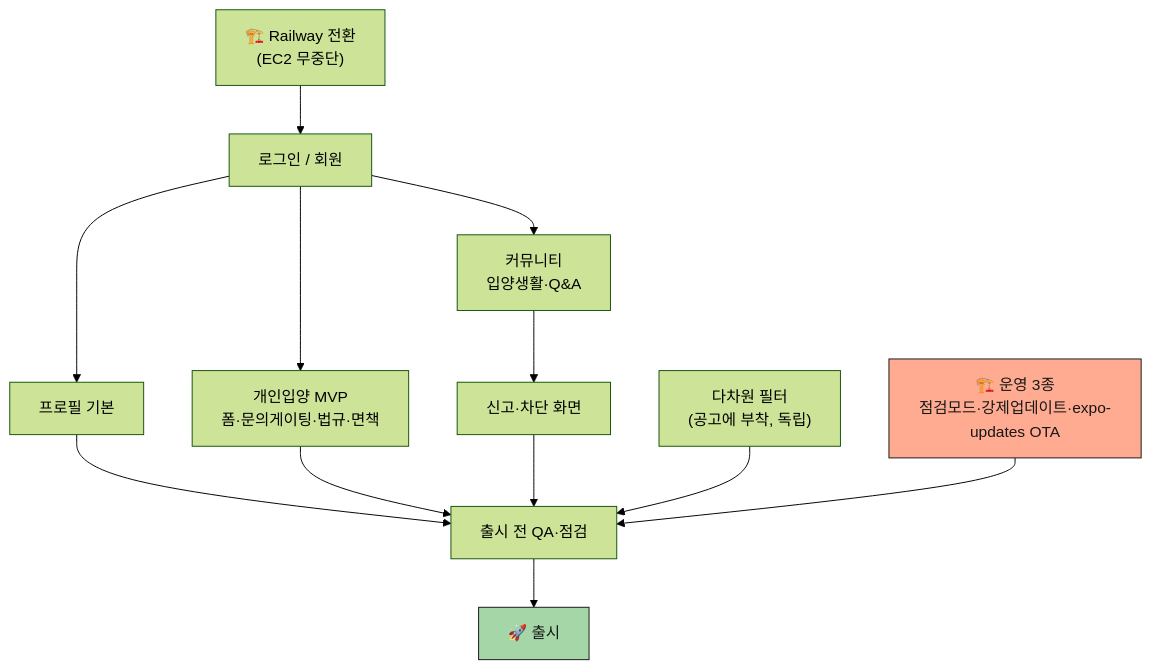
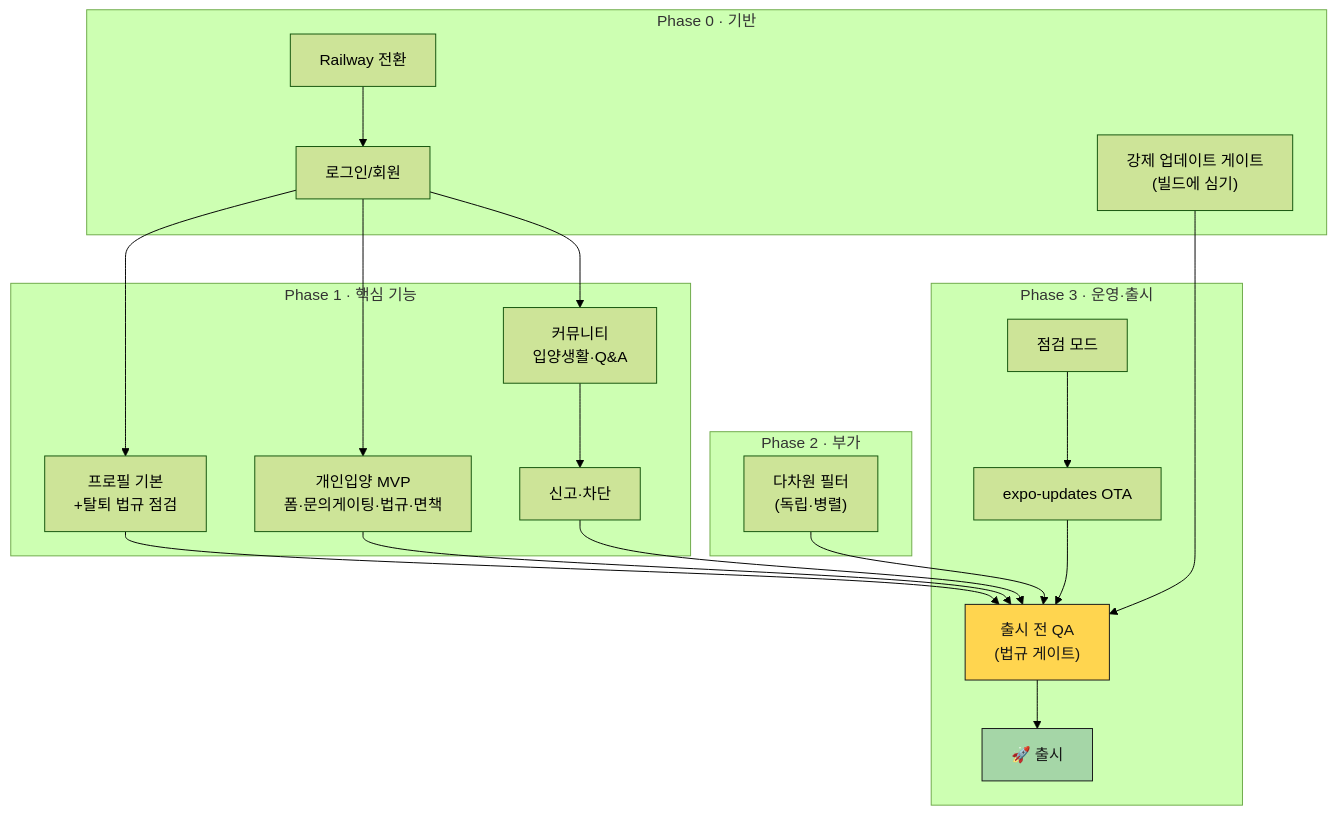
The diagram in docs/backlog/release-plan.md (slowteady/keeper-app), drawn with Mermaid (forest theme) before and after one commit. The commit also changed other lines of this file and 2 other files, not shown here.

Commit message:
docs(backlog): 프로필 기획 + 출시 구현 순서(Phase) + 탈퇴 법규 게이트
프로필: 딥리서치 반영(마이 IA·탈퇴 법규·empty state·게임화 X). release-plan: 구현 순서 Phase 0~3(기반→핵심→부가→운영·출시) 자연 흐름 + 회원탈퇴 법규(전자상거래법 §21조의2) 게이트 추가. product-roadmap: 이번 출시·IA 연결 포인터.

````diff
--- a/docs/backlog/release-plan.md
+++ b/docs/backlog/release-plan.md
@@ -39,20 +48,30 @@
 ```mermaid
 graph TD
-  R["🏗️ Railway 전환<br/>(EC2 무중단)"] --> Auth["로그인 / 회원"]
-  Auth --> Profile["프로필 기본"]
-  Auth --> Adopt["개인입양 MVP<br/>폼·문의게이팅·법규·면책"]
-  Auth --> Comm["커뮤니티<br/>입양생활·Q&A"]
-  Comm --> Report["신고·차단 화면"]
-  Filter["다차원 필터<br/>(공고에 부착, 독립)"]
-  Ops["🏗️ 운영 3종<br/>점검모드·강제업데이트·expo-updates OTA"]
+  subgraph P0["Phase 0 · 기반"]
+    R["Railway 전환"] --> Auth["로그인/회원"]
+    Gate["강제 업데이트 게이트<br/>(빌드에 심기)"]
+  end
+  subgraph P1["Phase 1 · 핵심 기능"]
+    Auth --> Profile["프로필 기본<br/>+탈퇴 법규 점검"]
+    Auth --> Adopt["개인입양 MVP<br/>폼·문의게이팅·법규·면책"]
+    Auth --> Comm["커뮤니티<br/>입양생활·Q&A"]
+    Comm --> Report["신고·차단"]
+  end
+  subgraph P2["Phase 2 · 부가"]
+    Filter["다차원 필터<br/>(독립·병렬)"]
+  end
+  subgraph P3["Phase 3 · 운영·출시"]
+    Maint["점검 모드"] --> OTA["expo-updates OTA"]
+    OTA --> QA["출시 전 QA<br/>(법규 게이트)"]
+    QA --> Release["🚀 출시"]
+  end
 
-  Profile --> QA["출시 전 QA·점검"]
+  Profile --> QA
   Adopt --> QA
   Report --> QA
   Filter --> QA
-  Ops --> QA
-  QA --> Release["🚀 출시"]
+  Gate --> QA
 
-  style Ops fill:#ffab91,stroke:#161717,color:#161717
   style Release fill:#a5d6a7,stroke:#161717,color:#161717
+  style QA fill:#ffd54f,stroke:#161717,color:#161717
 ```
````
